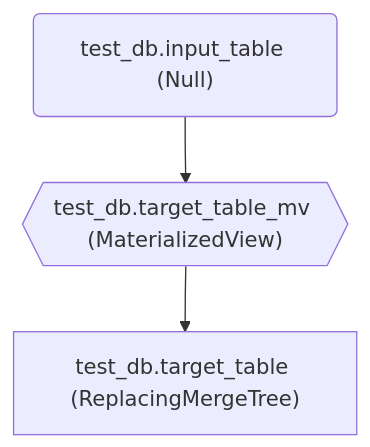
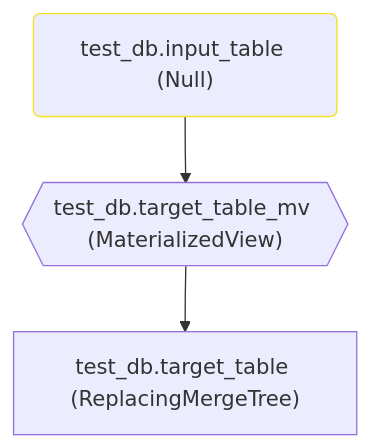
Before and after one commit to mbaksheev/clickhouse-table-graph: the second of 2 diagrams in README.md, drawn with Mermaid. The commit also changed other lines of this file and 5 other files, not shown here.

Commit message:
add options to specify mermaid theme and highlight selected table

````diff
--- a/README.md
+++ b/README.md
@@ -157,5 +163,6 @@
 ```mermaid
 flowchart TB
 test_db.target_table_mv@{ shape: hex, label: "test_db.target_table_mv (MaterializedView)" } --> test_db.target_table@{ shape: rect, label: "test_db.target_table (ReplacingMergeTree)" }
 test_db.input_table@{ shape: rounded, label: "test_db.input_table (Null)" } --> test_db.target_table_mv@{ shape: hex, label: "test_db.target_table_mv (MaterializedView)" }
+style test_db.input_table stroke:#f4e022
 ```
````
